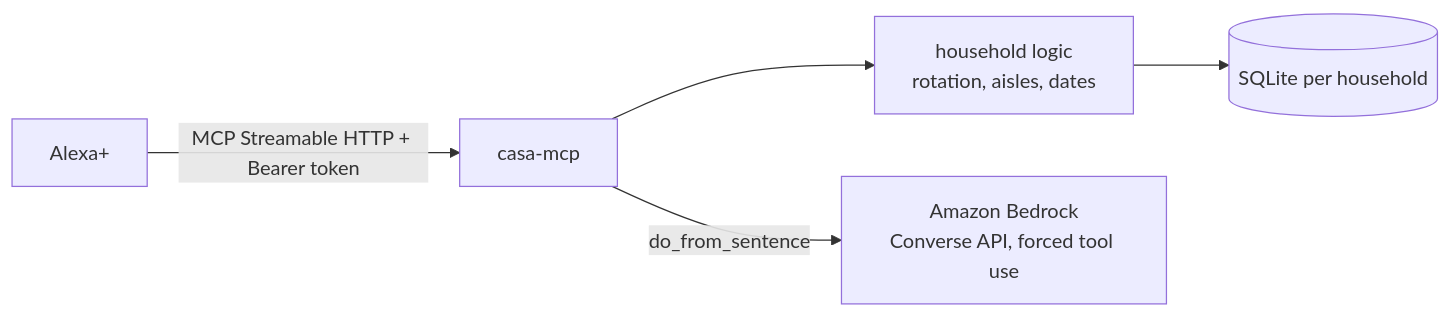
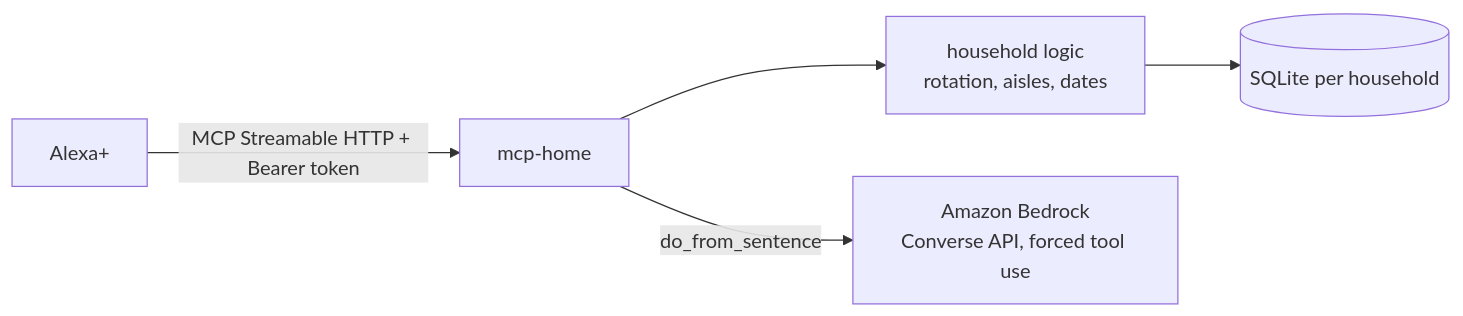
The diagram in README.md (carlogiovannifalocco-byte/mcp-home), drawn with Mermaid before and after one commit. The commit also changed other lines of this file and 9 other files, not shown here.

````diff
--- a/README.md
+++ b/README.md
@@ -32,7 +32,7 @@
 ```mermaid
 flowchart LR
-  A[Alexa+] -- MCP Streamable HTTP + Bearer token --> S[casa-mcp]
+  A[Alexa+] -- MCP Streamable HTTP + Bearer token --> S[mcp-home]
   S --> L[household logic<br/>rotation, aisles, dates]
   L --> D[(SQLite per household)]
   S -- do_from_sentence --> B[Amazon Bedrock<br/>Converse API, forced tool use]
 ```
````
